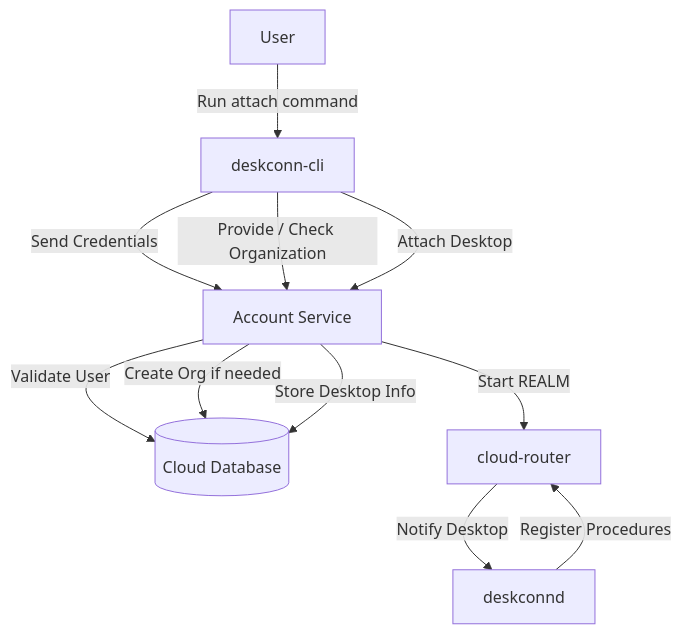
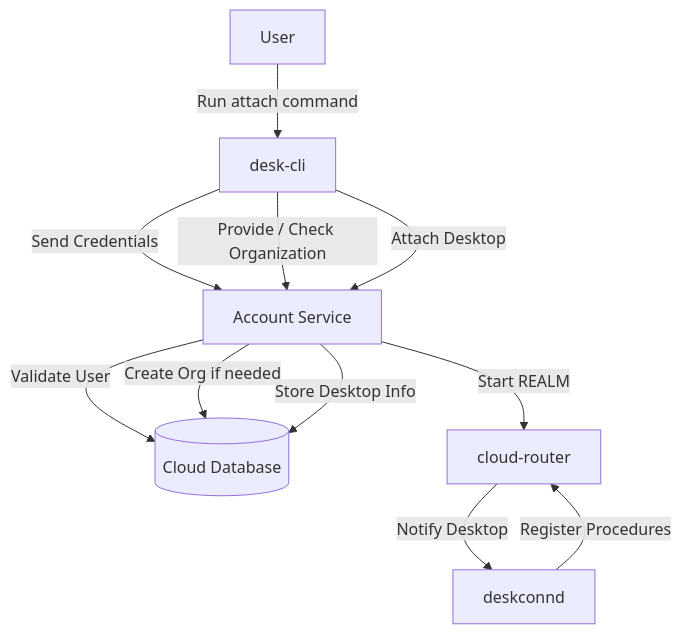
One commit to xconnio/deskconn changed the third of 5 diagrams in architecture/architecture.md. Above: the diagram before and after it, drawn with Mermaid. The commit also changed other lines of this file and 26 other files, not shown here.

Commit message:
rename cli to desk (#244)

````diff
--- a/architecture/architecture.md
+++ b/architecture/architecture.md
@@ -35,27 +35,27 @@
 ```mermaid
 flowchart TD
 
 User[User]
-DeskconnCLI[deskconn-cli]
+DeskconnCLI[desk-cli]
 AccountService[Account Service]
 CloudDB[(Cloud Database)]
 CloudRouter[cloud-router]
 Deskconnd[deskconnd]
 
 User -->|Run attach command| DeskconnCLI
 
 DeskconnCLI -->|Send Credentials| AccountService
 AccountService -->|Validate User| CloudDB
 
 DeskconnCLI -->|Provide / Check Organization| AccountService
 AccountService -->|Create Org if needed| CloudDB
 
 DeskconnCLI -->|Attach Desktop| AccountService
 AccountService -->|Store Desktop Info| CloudDB
 
 AccountService -->|Start REALM| CloudRouter
 
 CloudRouter -->|Notify Desktop| Deskconnd
 
 Deskconnd -->|Register Procedures| CloudRouter
 ```
````
